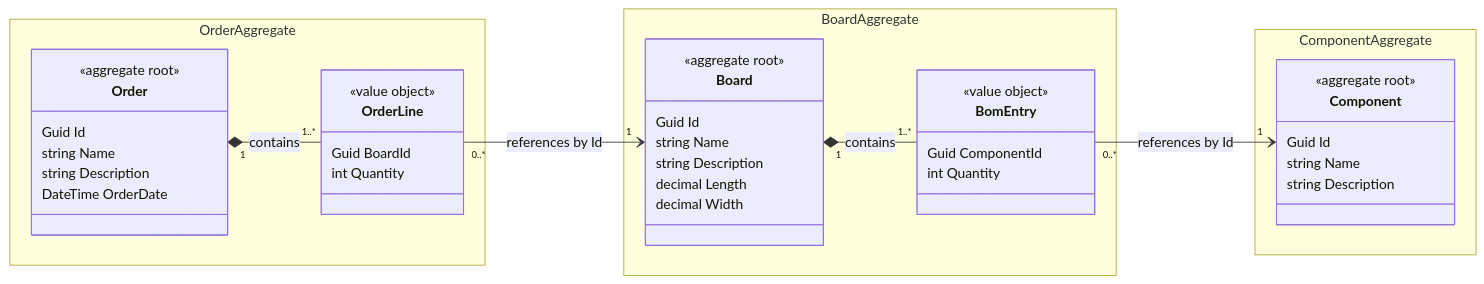
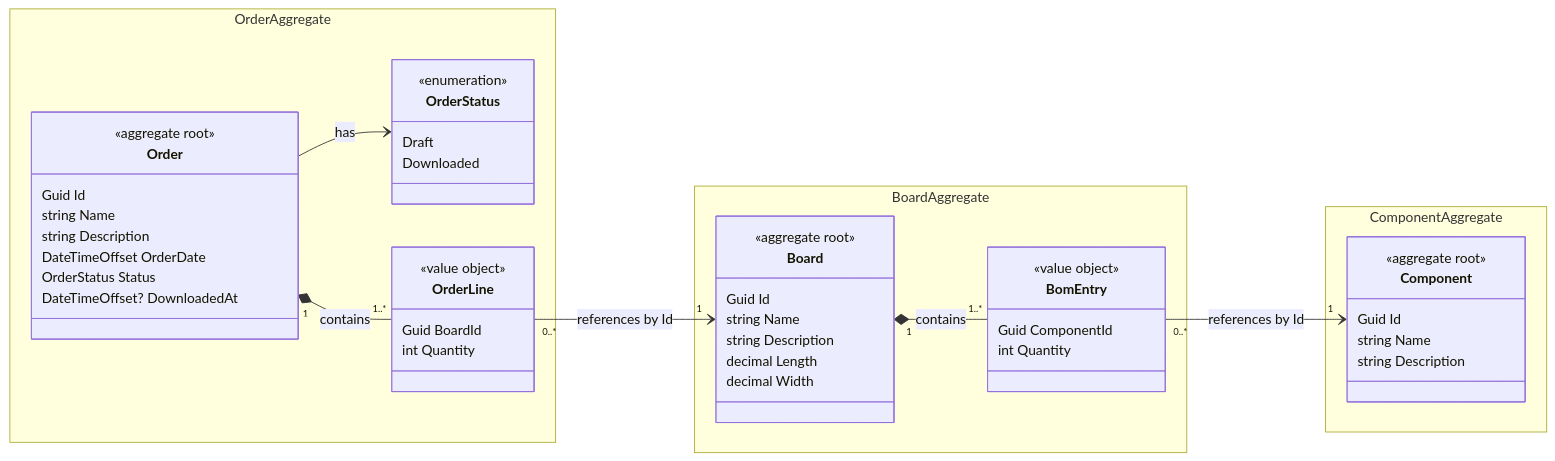
Before and after one commit to mikhail-poda/smt-order-manager: the diagram in docs/domain-model.md, drawn with Mermaid. The commit also changed other lines of this file and 2 other files, not shown here.

````diff
--- a/docs/domain-model.md
+++ b/docs/domain-model.md
@@ -69,49 +71,57 @@
 ```mermaid
 classDiagram
     direction LR
 
     namespace OrderAggregate {
         class Order {
             <<aggregate root>>
             Guid Id
             string Name
             string Description
-            DateTime OrderDate
+            DateTimeOffset OrderDate
+            OrderStatus Status
+            DateTimeOffset? DownloadedAt
+        }
+        class OrderStatus {
+            <<enumeration>>
+            Draft
+            Downloaded
         }
         class OrderLine {
             <<value object>>
             Guid BoardId
             int Quantity
         }
     }
 
     namespace BoardAggregate {
         class Board {
             <<aggregate root>>
             Guid Id
             string Name
             string Description
             decimal Length
             decimal Width
         }
         class BomEntry {
             <<value object>>
             Guid ComponentId
             int Quantity
         }
     }
 
     namespace ComponentAggregate {
         class Component {
             <<aggregate root>>
             Guid Id
             string Name
             string Description
         }
     }
 
     Order "1" *-- "1..*" OrderLine : contains
+    Order --> OrderStatus : has
     OrderLine "0..*" --> "1" Board : references by Id
     Board "1" *-- "1..*" BomEntry : contains
     BomEntry "0..*" --> "1" Component : references by Id
 ```
````
